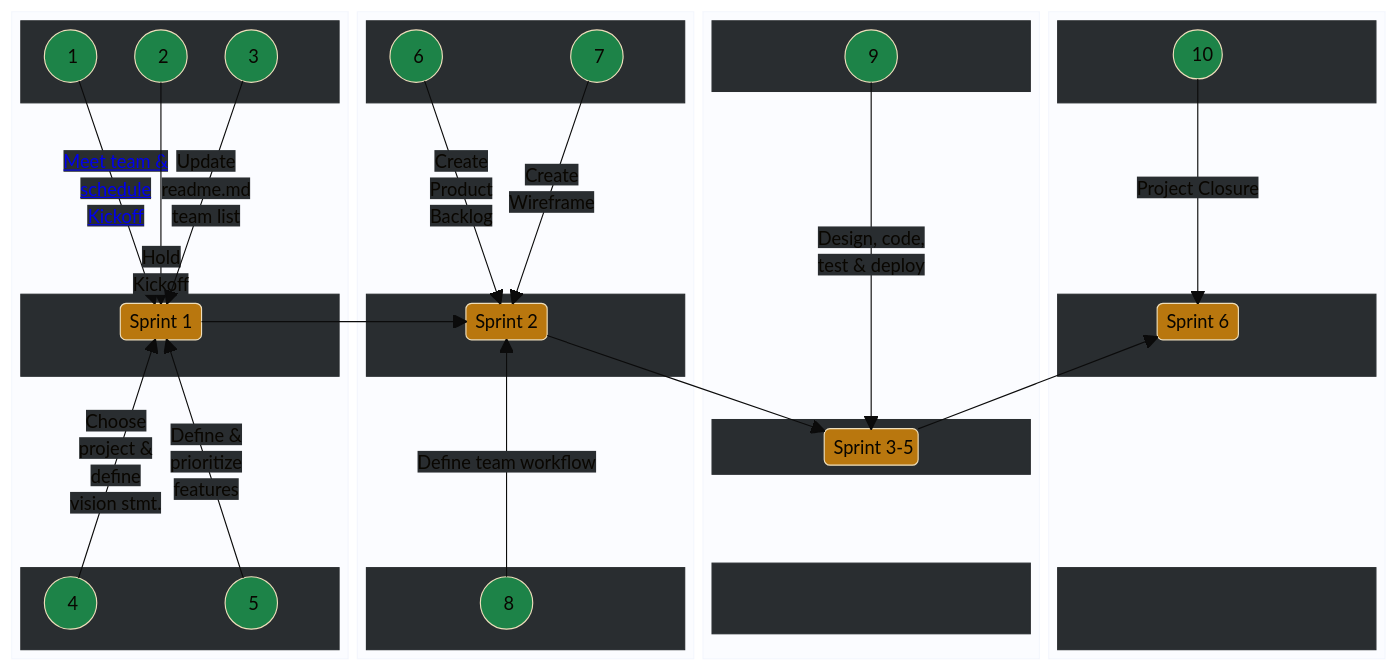
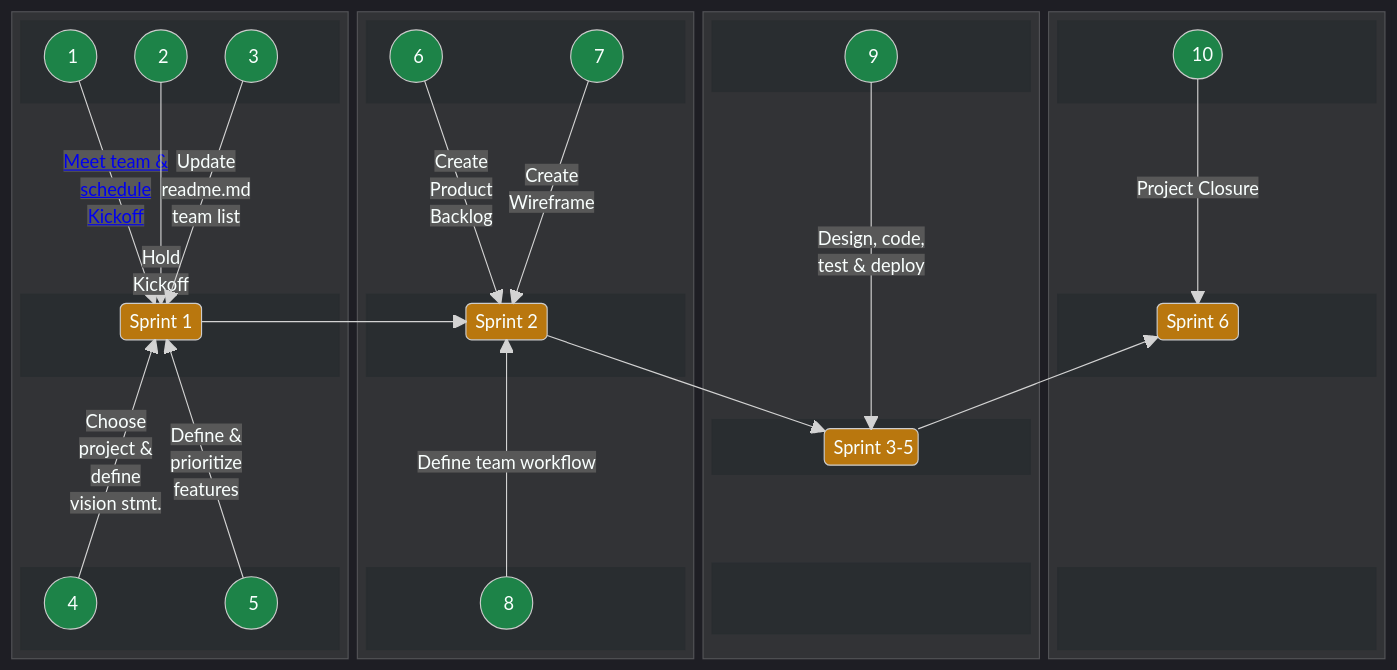
One commit to jdmedlock/mermaid_testing changed the second of 2 diagrams in README.md. Above: the diagram before and after it, drawn with Mermaid.

Commit message:
Feature: Test line text background color

```diff
--- a/README.md
+++ b/README.md
@@ -97,14 +97,6 @@
   layout: elk
   theme: dark
 ---
-%%{
-  init: {
-    'theme': 'base',
-    'themeVariables': {
-      'edgeLabelBackground': '#292d30'
-    }
-  }
-}%%
   block-beta
     columns 4
     block:B1:1
```
